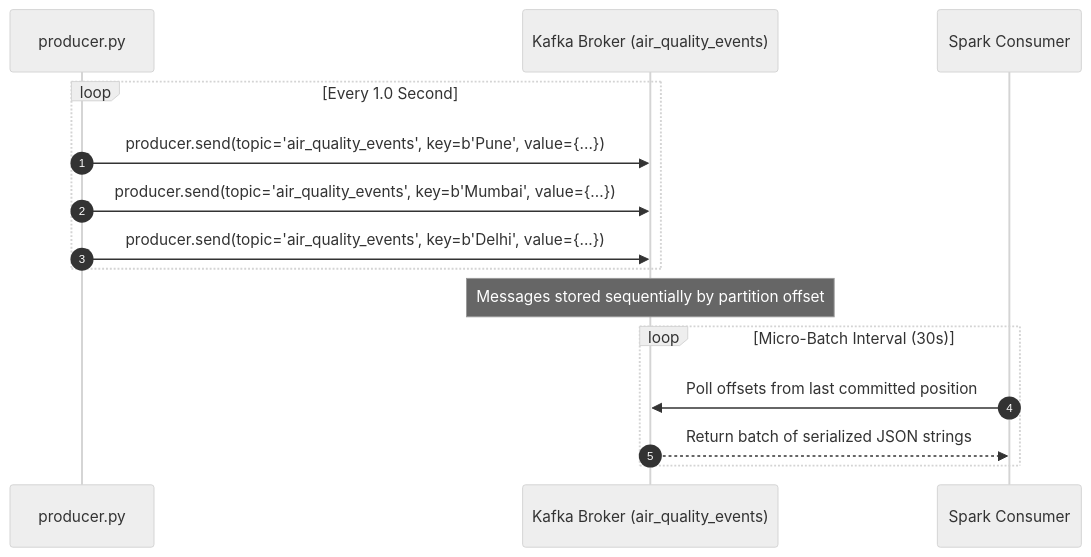
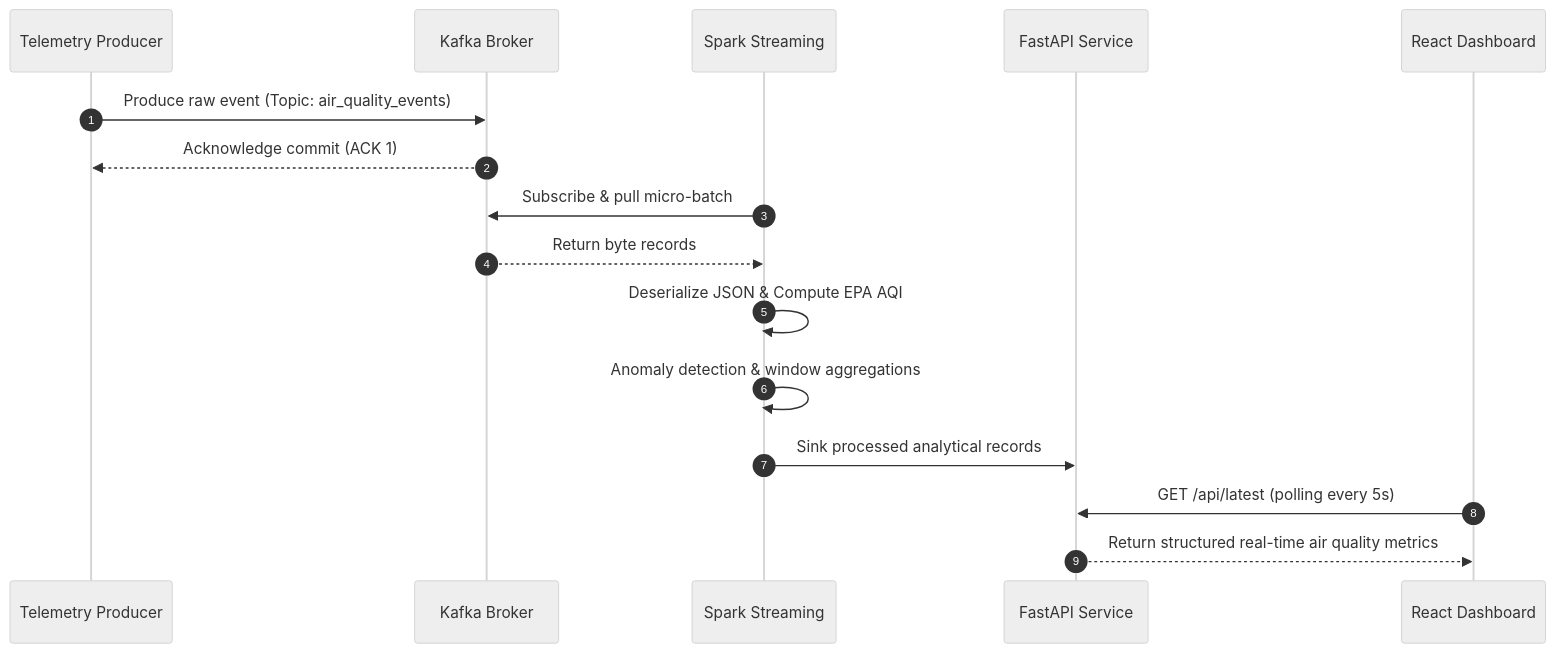
The third of 5 diagrams in README.md (Antariksh62/Real-time-air-quality-monitoring-dashboard), drawn with Mermaid (neutral theme) before and after one commit. The commit also changed other lines of this file, not shown here.

Commit message:
docs: fix badges, mermaid syntax, tree encoding, and streamline sections

````diff
--- a/README.md
+++ b/README.md
@@ -402,20 +259,19 @@
 ```mermaid
 sequenceDiagram
     autonumber
-    participant P as producer.py
-    participant K as Kafka Broker (air_quality_events)
-    participant S as Spark Consumer
+    participant P as Telemetry Producer
+    participant K as Kafka Broker
+    participant S as Spark Streaming
+    participant B as FastAPI Service
+    participant C as React Dashboard
 
-    loop Every 1.0 Second
-        P->>K: producer.send(topic='air_quality_events', key=b'Pune', value={...})
-        P->>K: producer.send(topic='air_quality_events', key=b'Mumbai', value={...})
-        P->>K: producer.send(topic='air_quality_events', key=b'Delhi', value={...})
-    end
-
-    Note over K: Messages stored sequentially by partition offset
-
-    loop Micro-Batch Interval (30s)
-        S->>K: Poll offsets from last committed position
-        K-->>S: Return batch of serialized JSON strings
-    end
+    P->>K: Produce raw event (Topic: air_quality_events)
+    K-->>P: Acknowledge commit (ACK 1)
+    S->>K: Subscribe & pull micro-batch
+    K-->>S: Return byte records
+    S->>S: Deserialize JSON & Compute EPA AQI
+    S->>S: Anomaly detection & window aggregations
+    S->>B: Sink processed analytical records
+    C->>B: GET /api/latest (polling every 5s)
+    B-->>C: Return structured real-time air quality metrics
 ```
````
